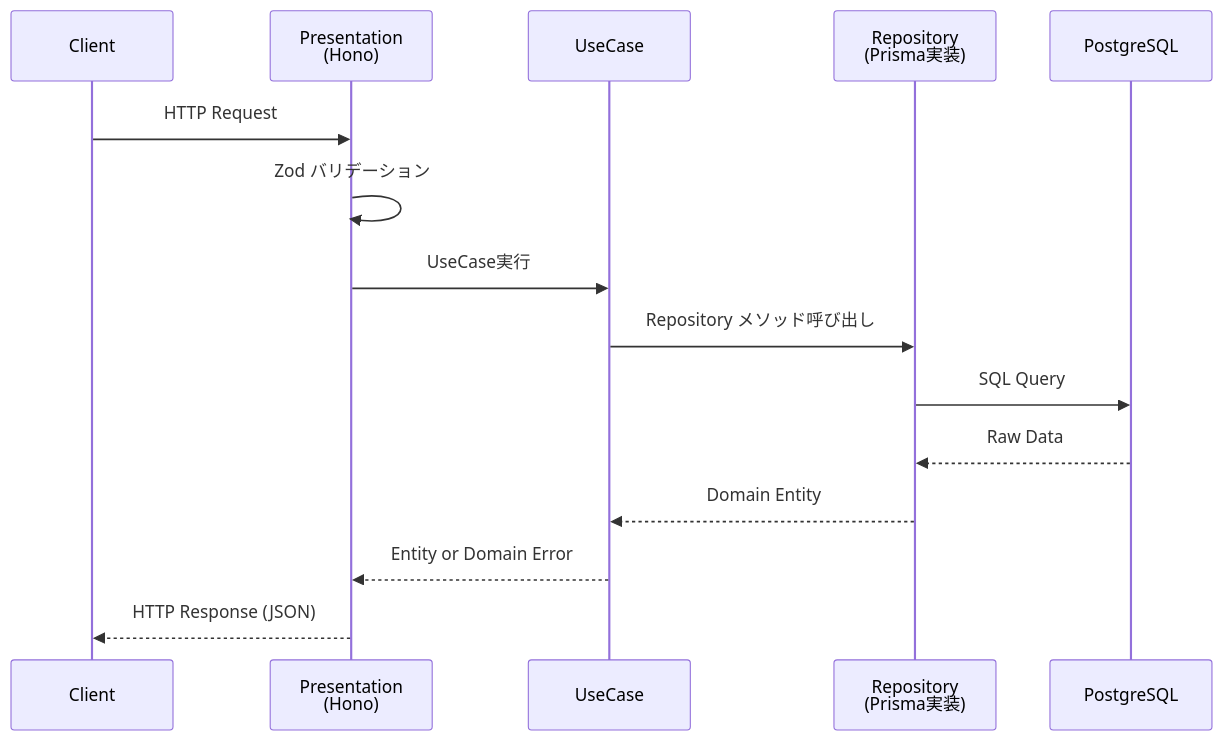
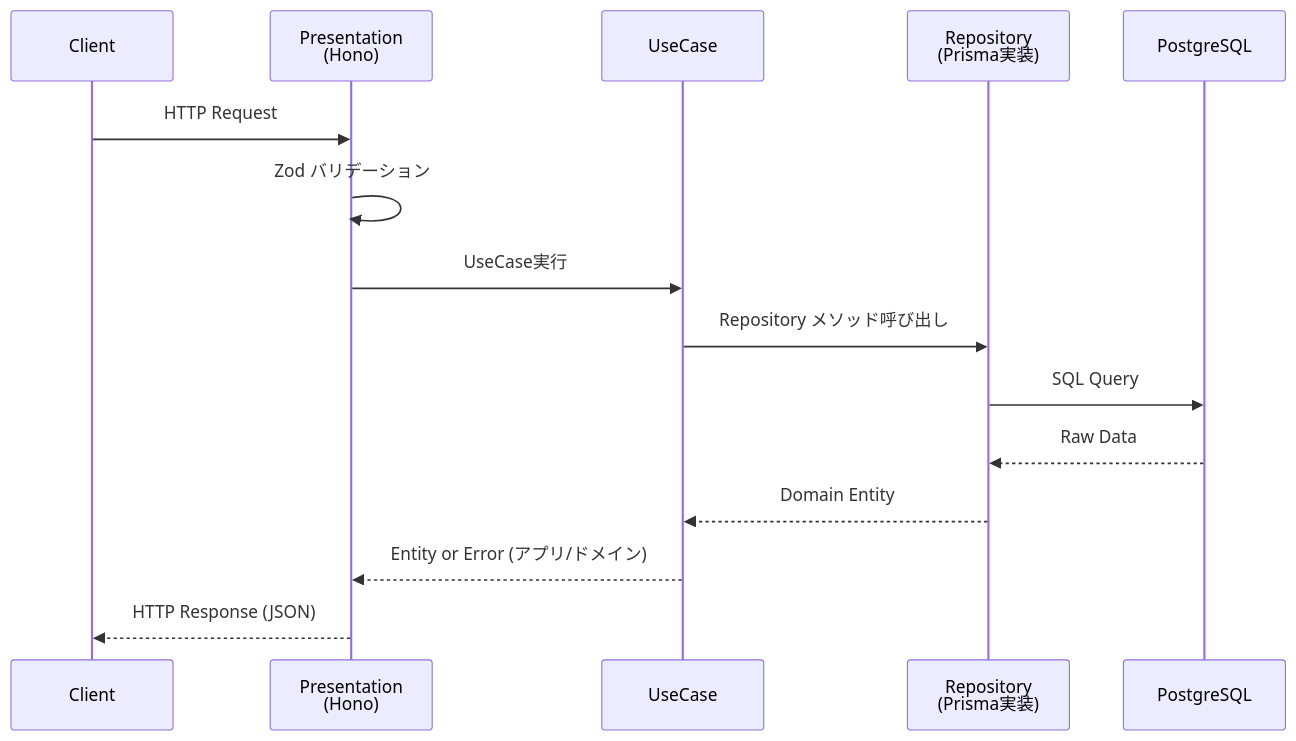
Before and after one commit to nemonsoon/ddd-issue-tracker: the third of 3 diagrams in docs/architecture.md, drawn with Mermaid. The commit also changed other lines of this file and 1 other file, not shown here.

Commit message:
docs: place not-found error in usecase layer
IssueNotFoundError is an application concern, not a domain rule.
Keeping it in the usecase layer preserves the onion dependency
direction: the repository (inner) need not import a usecase (outer)
error, so repositories signal "not found" by returning null and the
usecase decides whether to throw. Record this in design-decisions and
correct guides 04/08 and architecture, which labeled it a domain error.

````diff
--- a/docs/architecture.md
+++ b/docs/architecture.md
@@ -62,18 +62,18 @@
 ```mermaid
 sequenceDiagram
     participant C as Client
     participant P as Presentation<br/>(Hono)
     participant U as UseCase
     participant R as Repository<br/>(Prisma実装)
     participant DB as PostgreSQL
 
     C->>P: HTTP Request
     P->>P: Zod バリデーション
     P->>U: UseCase実行
     U->>R: Repository メソッド呼び出し
     R->>DB: SQL Query
     DB-->>R: Raw Data
     R-->>U: Domain Entity
-    U-->>P: Entity or Domain Error
+    U-->>P: Entity or Error (アプリ/ドメイン)
     P-->>C: HTTP Response (JSON)
 ```
````
